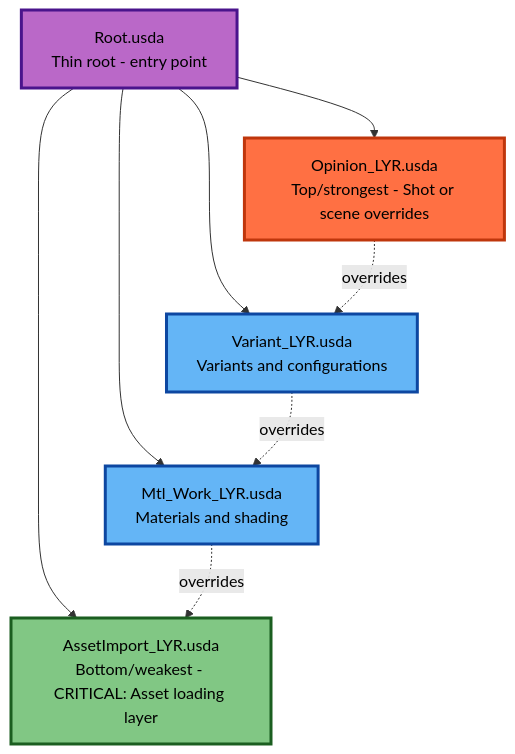
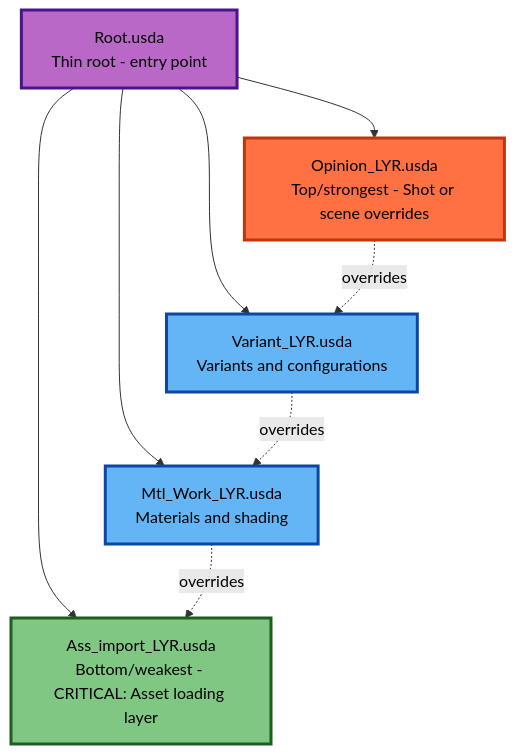
Before and after one commit to jph2/USD_GoodStart: the seventh of 18 diagrams in WIP_Docs/OpenUSD_Best_Practices_Guide (17).md, drawn with Mermaid. The commit also changed other lines of this file and 4 other files, not shown here.

````diff
--- a/WIP_Docs/OpenUSD_Best_Practices_Guide (17).md
+++ b/WIP_Docs/OpenUSD_Best_Practices_Guide (17).md
@@ -1274,22 +1274,22 @@
 ```mermaid
 flowchart TD
     Root[Root.usda<br/>Thin root - entry point]:::root
     Opinion[Opinion_LYR.usda<br/>Top/strongest - Shot or scene overrides]:::strong
     Variant[Variant_LYR.usda<br/>Variants and configurations]:::medium
     Material[Mtl_Work_LYR.usda<br/>Materials and shading]:::medium
-    AssetImport[AssetImport_LYR.usda<br/>Bottom/weakest - CRITICAL: Asset loading layer]:::weak
+    AssetImport[Ass_import_LYR.usda<br/>Bottom/weakest - CRITICAL: Asset loading layer]:::weak
     
     Root --> Opinion
     Root --> Variant
     Root --> Material
     Root --> AssetImport
     
     Opinion -.->|overrides| Variant
     Variant -.->|overrides| Material
     Material -.->|overrides| AssetImport
     
     classDef root fill:#ba68c8,stroke:#4a148c,stroke-width:3px,color:#000;
     classDef strong fill:#ff7043,stroke:#bf360c,stroke-width:3px,color:#000;
     classDef medium fill:#64b5f6,stroke:#0d47a1,stroke-width:3px,color:#000;
     classDef weak fill:#81c784,stroke:#1b5e20,stroke-width:3px,color:#000;
 ```
````
